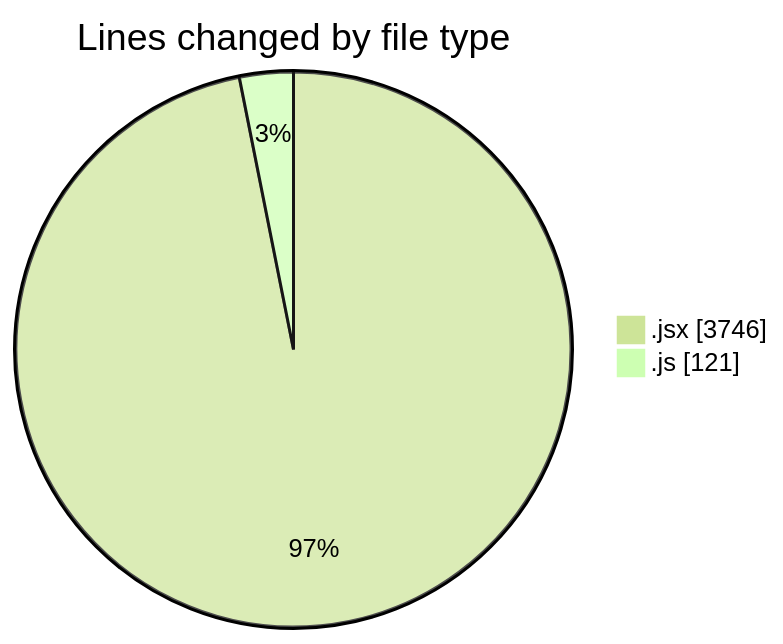
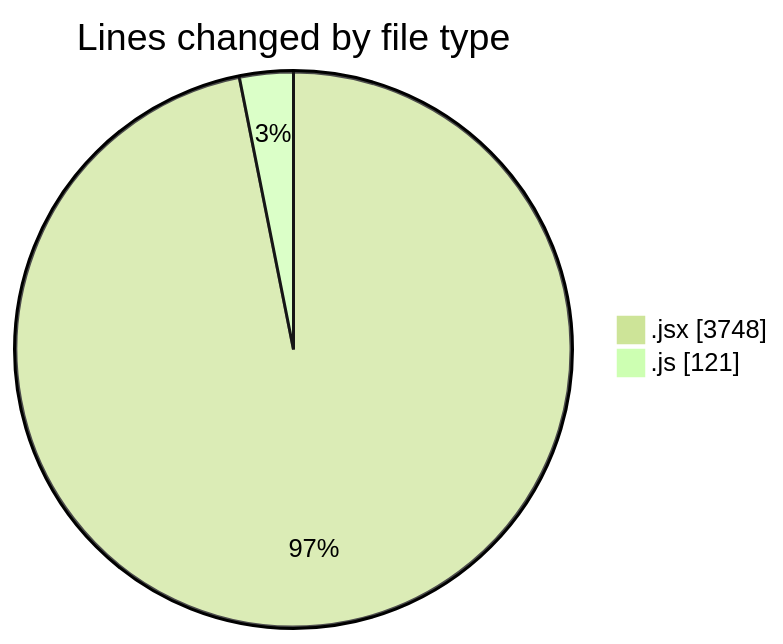
One commit to nxtqubesakshisongat/code-tracking changed the first of 2 diagrams in 2025-08-01/nxtqube_webapp/README.md. Above: the diagram before and after it, drawn with Mermaid (forest theme). The commit also changed other lines of this file and 1 other file, not shown here.

````diff
--- a/2025-08-01/nxtqube_webapp/README.md
+++ b/2025-08-01/nxtqube_webapp/README.md
@@ -30,6 +30,6 @@
 ```mermaid
 pie showData
 title Lines changed by file type
-".jsx" : 3746
+".jsx" : 3748
 ".js" : 121
 ```
````
